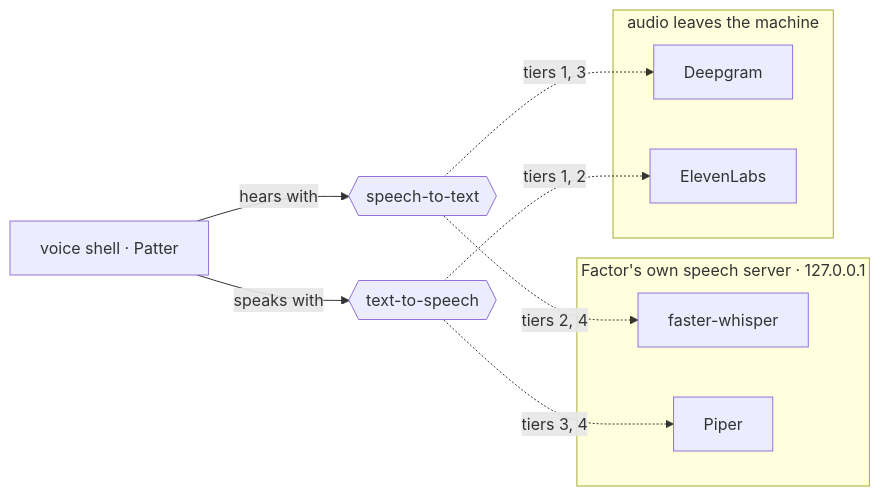
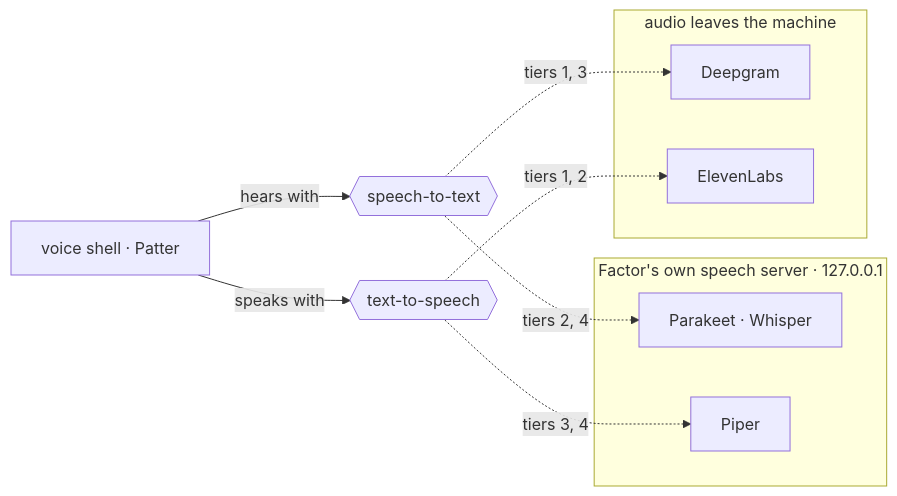
One commit to cyqlelabs/factor changed the second of 2 diagrams in README.md. Above: the diagram before and after it, drawn with Mermaid. The commit also changed other lines of this file and 7 other files, not shown here.

````diff
--- a/README.md
+++ b/README.md
@@ -292,17 +292,17 @@
 ```mermaid
 flowchart LR
     SHELL["voice shell · Patter"] -->|hears with| STT{{speech-to-text}}
     SHELL -->|speaks with| TTS{{text-to-speech}}
     subgraph LOCAL ["Factor's own speech server · 127.0.0.1"]
-        WH["faster-whisper"]
+        WH["Parakeet · Whisper"]
         PI[Piper]
     end
     subgraph CLOUD [audio leaves the machine]
         DG[Deepgram]
         EL[ElevenLabs]
     end
     STT -.->|tiers 2, 4| WH
     TTS -.->|tiers 3, 4| PI
     STT -.->|tiers 1, 3| DG
     TTS -.->|tiers 1, 2| EL
 ```
````
